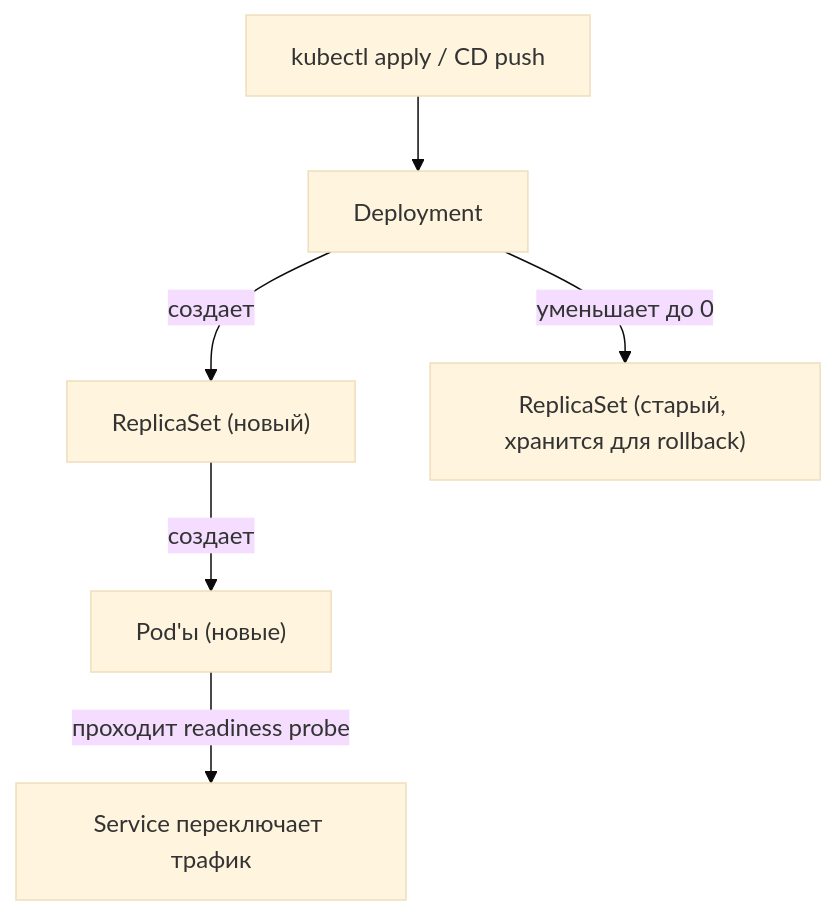
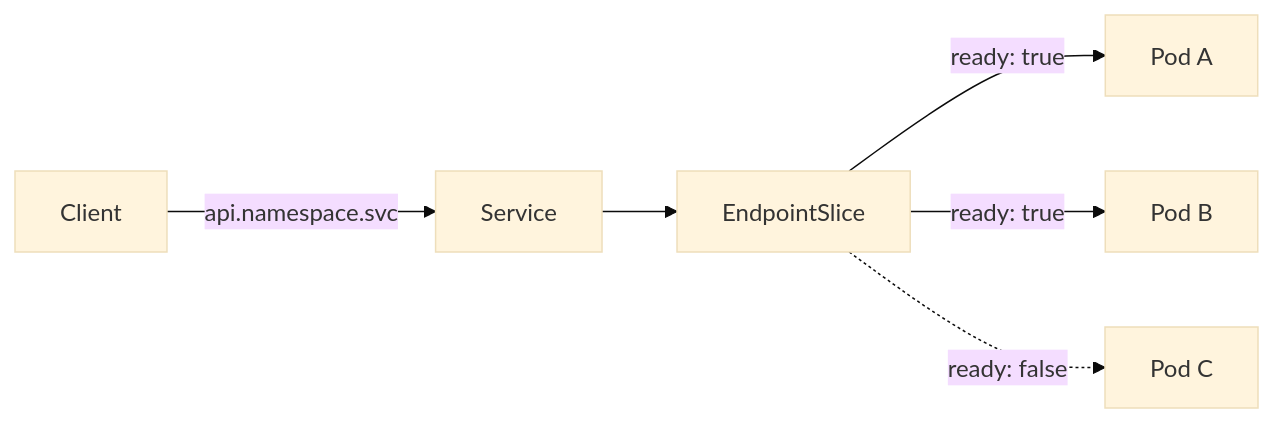
One commit to fev0ks/LearnGoLang changed the first of 2 diagrams in docs/senior-golang-study/10-devops-and-observability/kubernetes/02-core-objects-and-deployment-flow.md. Above: the diagram before and after it, drawn with Mermaid (base theme). The commit also changed other lines of this file and 7 other files, not shown here.

````diff
--- a/docs/senior-golang-study/10-devops-and-observability/kubernetes/02-core-objects-and-deployment-flow.md
+++ b/docs/senior-golang-study/10-devops-and-observability/kubernetes/02-core-objects-and-deployment-flow.md
@@ -209,8 +110,8 @@
 ```mermaid
-flowchart TD
-    Apply["kubectl apply / CD push"] --> D["Deployment"]
-    D -->|"создает"| NewRS["ReplicaSet (новый)"]
-    NewRS -->|"создает"| Pods["Pod'ы (новые)"]
-    Pods -->|"проходит readiness probe"| Svc["Service переключает трафик"]
-    D -->|"уменьшает до 0"| OldRS["ReplicaSet (старый, хранится для rollback)"]
+flowchart LR
+    Client -->|"api.namespace.svc"| Service
+    Service --> Slice["EndpointSlice"]
+    Slice -->|"ready: true"| Pod1["Pod A"]
+    Slice -->|"ready: true"| Pod2["Pod B"]
+    Slice -.->|"ready: false"| Pod3["Pod C"]
 ```
````
